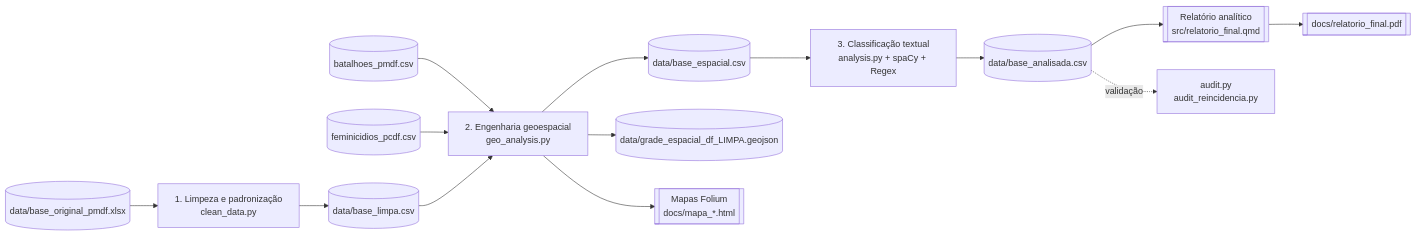
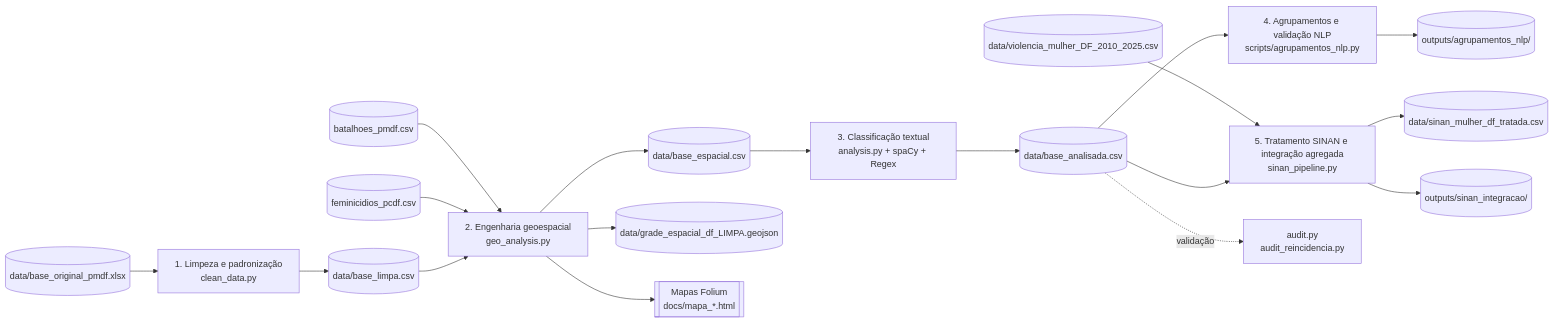
The diagram in README.md (lucas-gpetry/Projeto-Integrador---CEUB), drawn with Mermaid before and after one commit. The commit also changed other lines of this file and 14 other files, not shown here.

Commit message:
feat(pipeline): integra SINAN ao fluxo PMDF com análises agregadas e correção de encoding

````diff
--- a/README.md
+++ b/README.md
@@ -11,20 +12,25 @@
 ```mermaid
 flowchart LR
     A[(data/base_original_pmdf.xlsx)] --> B[1. Limpeza e padronização<br/>clean_data.py]
     B --> B1[(data/base_limpa.csv)]
 
     BAT[(batalhoes_pmdf.csv)] --> C
     FEM[(feminicidios_pcdf.csv)] --> C
     B1 --> C[2. Engenharia geoespacial<br/>geo_analysis.py]
     C --> C1[(data/base_espacial.csv)]
     C --> G[(data/grade_espacial_df_LIMPA.geojson)]
     C --> M[[Mapas Folium<br/>docs/mapa_*.html]]
 
     C1 --> D[3. Classificação textual<br/>analysis.py + spaCy + Regex]
     D --> D1[(data/base_analisada.csv)]
 
-    D1 --> E[[Relatório analítico<br/>src/relatorio_final.qmd]]
-    E --> E1[[docs/relatorio_final.pdf]]
+    D1 --> N[4. Agrupamentos e validação NLP<br/>scripts/agrupamentos_nlp.py]
+    N --> N1[(outputs/agrupamentos_nlp/)]
+
+    SINAN[(data/violencia_mulher_DF_2010_2025.csv)] --> S[5. Tratamento SINAN e integração agregada<br/>sinan_pipeline.py]
+    D1 --> S
+    S --> S1[(data/sinan_mulher_df_tratada.csv)]
+    S --> S2[(outputs/sinan_integracao/)]
 
     D1 -. validação .-> V[audit.py<br/>audit_reincidencia.py]
 ```
````
